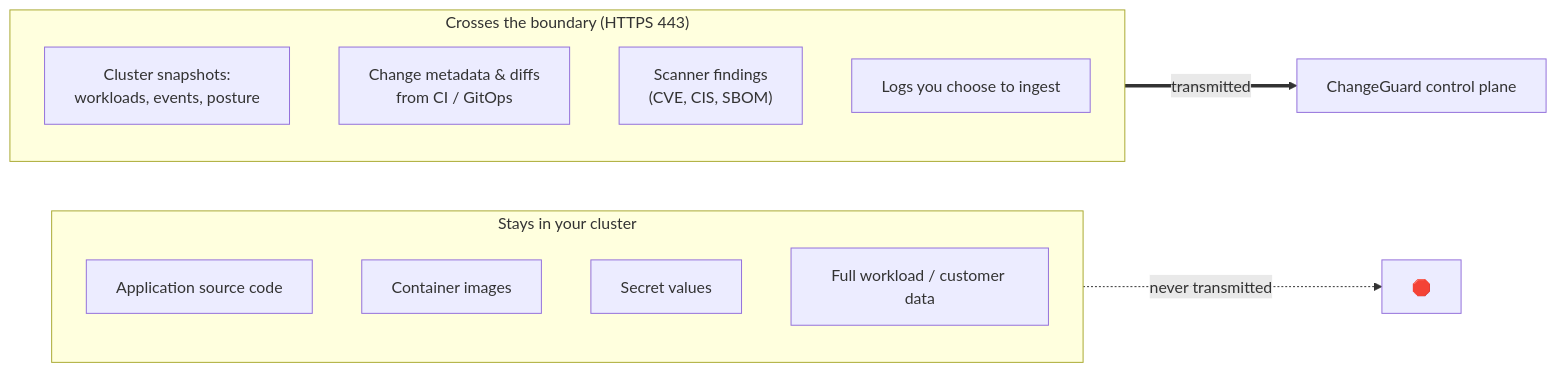
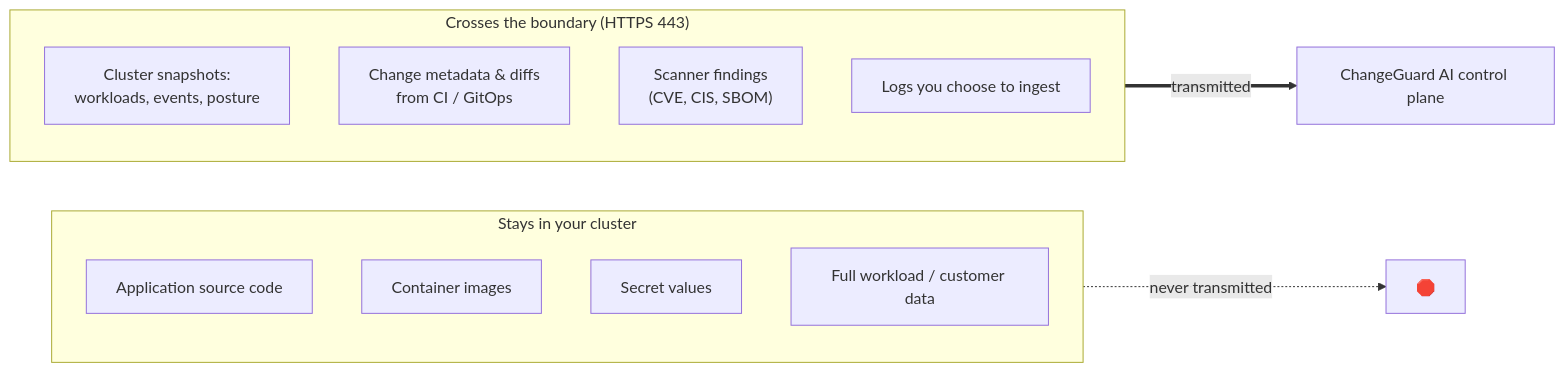
Before and after one commit to ChangeGuard-AI/docs: the third of 4 diagrams in get-started/architecture.mdx, drawn with Mermaid. The commit also changed other lines of this file and 34 other files, not shown here.

````diff
--- a/get-started/architecture.mdx
+++ b/get-started/architecture.mdx
@@ -68,17 +68,17 @@
 ```mermaid
 flowchart LR
   subgraph inside["Stays in your cluster"]
     a1["Application source code"]
     a2["Container images"]
     a3["Secret values"]
     a4["Full workload / customer data"]
   end
   subgraph boundary["Crosses the boundary (HTTPS 443)"]
     b1["Cluster snapshots:<br/>workloads, events, posture"]
     b2["Change metadata &amp; diffs<br/>from CI / GitOps"]
     b3["Scanner findings<br/>(CVE, CIS, SBOM)"]
     b4["Logs you choose to ingest"]
   end
   inside -.->|"never transmitted"| x["🛑"]
-  boundary ==>|"transmitted"| cp["ChangeGuard control plane"]
+  boundary ==>|"transmitted"| cp["ChangeGuard AI control plane"]
 ```
````
